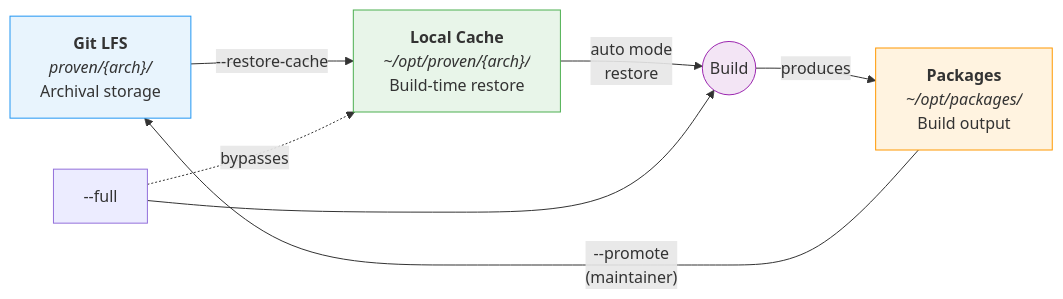
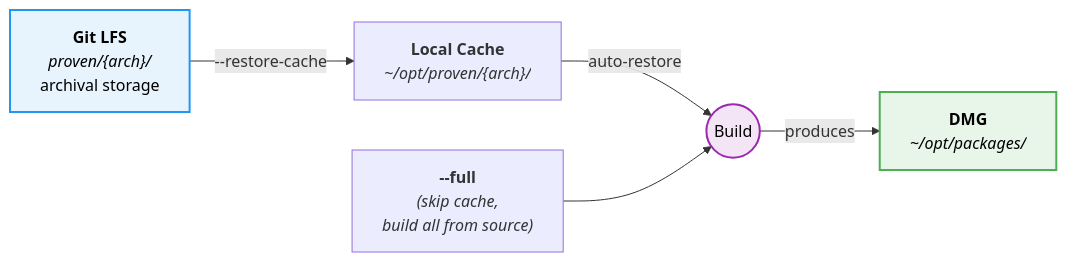
Before and after one commit to CorticalCode/mkvtoolnix-macos-arm: the third of 5 diagrams in docs/build-workflow.md, drawn with Mermaid. The commit also changed other lines of this file and 2 other files, not shown here.

First line of the commit message:
docs: improve diagram readability and tighten guide content

````diff
--- a/docs/build-workflow.md
+++ b/docs/build-workflow.md
@@ -82,19 +83,17 @@
 ```mermaid
 flowchart LR
-    LFS["<b>Git LFS</b><br/><i>proven/{arch}/</i><br/>Archival storage"]
-    LC["<b>Local Cache</b><br/><i>~/opt/proven/{arch}/</i><br/>Build-time restore"]
-    PKG["<b>Packages</b><br/><i>~/opt/packages/</i><br/>Build output"]
+    LFS["<b>Git LFS</b><br/><i>proven/{arch}/</i><br/>archival storage"]
+    LC["<b>Local Cache</b><br/><i>~/opt/proven/{arch}/</i>"]
+    BUILD(("Build"))
+    PKG["<b>DMG</b><br/><i>~/opt/packages/</i>"]
+    FULL["<b>--full</b><br/><i>(skip cache,<br/>build all from source)</i>"]
 
-    LFS -- "--restore-cache" --> LC
-    LC -- "auto mode<br/>restore" --> BUILD(("Build"))
-    BUILD -- "produces" --> PKG
-    PKG -- "--promote<br/>(maintainer)" --> LFS
+    LFS -->|"--restore-cache"| LC
+    LC -->|"auto-restore"| BUILD
+    FULL --> BUILD
+    BUILD -->|"produces"| PKG
 
-    FULL["--full"] -. "bypasses" .-> LC
-    FULL --> BUILD
-
-    style LFS fill:#e8f4fd,stroke:#2196f3
-    style LC fill:#e8f5e9,stroke:#4caf50
-    style PKG fill:#fff3e0,stroke:#ff9800
-    style BUILD fill:#f3e5f5,stroke:#9c27b0
+    style LFS fill:#e8f4fd,stroke:#2196f3,stroke-width:2px,color:#000
+    style PKG fill:#e8f5e9,stroke:#4caf50,stroke-width:2px,color:#000
+    style BUILD fill:#f3e5f5,stroke:#9c27b0,stroke-width:2px,color:#000
 ```
````
